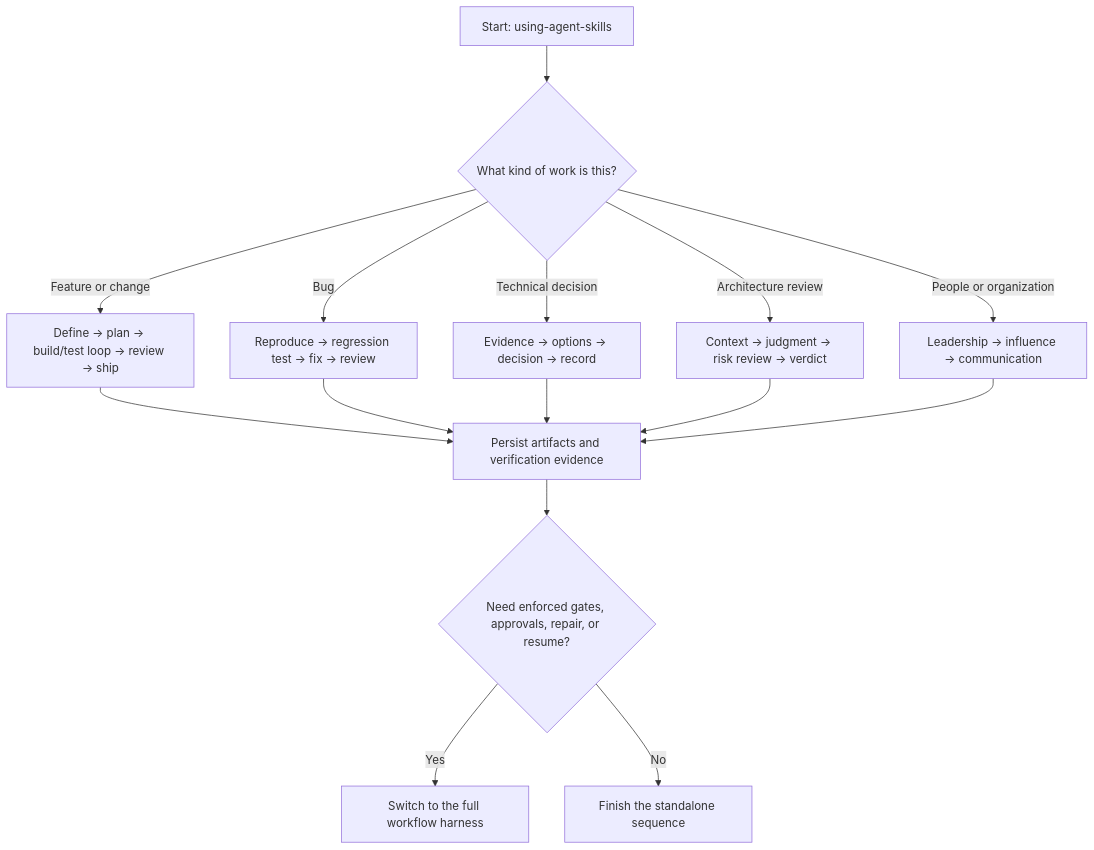
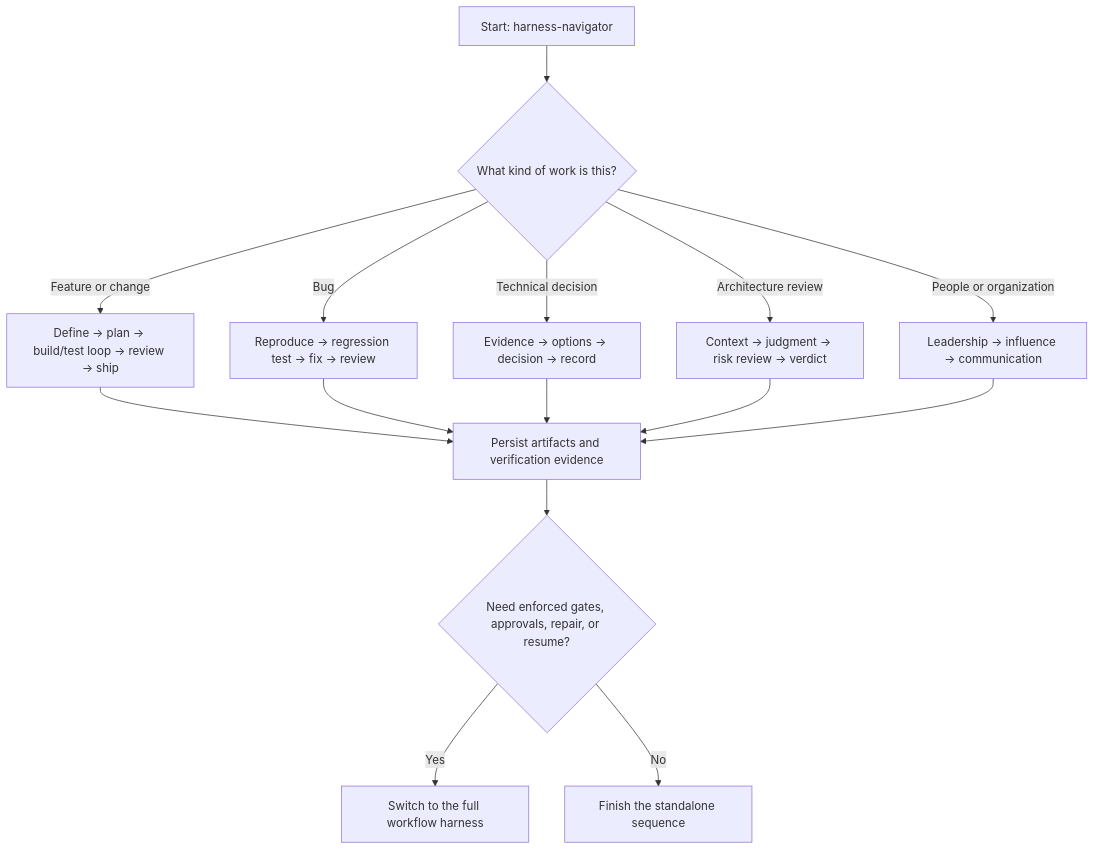
The diagram in docs/using-skills-standalone.md (Kart-rc/nlah-agent-repo), drawn with Mermaid before and after one commit. The commit also changed other lines of this file and 7 other files, not shown here.

Commit message:
Add harness-navigator skill: dynamic off-ramp advisor (#13)

````diff
--- a/docs/using-skills-standalone.md
+++ b/docs/using-skills-standalone.md
@@ -178,17 +200,17 @@
 ```mermaid
 flowchart TD
-    A["Start: using-agent-skills"] --> B{"What kind of work is this?"}
+    A["Start: harness-navigator"] --> B{"What kind of work is this?"}
     B -->|"Feature or change"| C["Define → plan → build/test loop → review → ship"]
     B -->|"Bug"| D["Reproduce → regression test → fix → review"]
     B -->|"Technical decision"| E["Evidence → options → decision → record"]
     B -->|"Architecture review"| F["Context → judgment → risk review → verdict"]
     B -->|"People or organization"| G["Leadership → influence → communication"]
     C --> H["Persist artifacts and verification evidence"]
     D --> H
     E --> H
     F --> H
     G --> H
     H --> I{"Need enforced gates, approvals, repair, or resume?"}
     I -->|"Yes"| J["Switch to the full workflow harness"]
     I -->|"No"| K["Finish the standalone sequence"]
 ```
````
